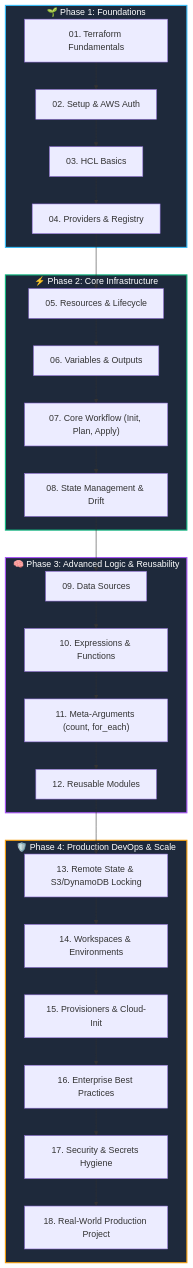
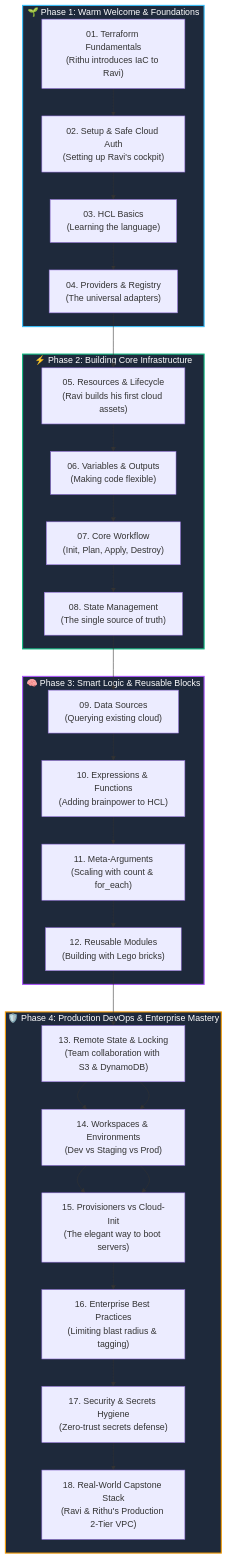
One commit to agravi987/Learning-Terraform-For-DevOps changed the diagram in readme.md. Above: the diagram before and after it, drawn with Mermaid. The commit also changed other lines of this file and 18 other files, not shown here.

Commit message:
docs: enrich curriculum with Mentor Rithu and Student Ravi interactive learning experience

````diff
--- a/readme.md
+++ b/readme.md
@@ -25,36 +47,37 @@
 ```mermaid
 flowchart TD
-    subgraph Foundation ["🌱 Phase 1: Foundations"]
-        A["01. Terraform Fundamentals"] --> B["02. Setup & AWS Auth"]
-        B --> C["03. HCL Basics"]
-        C --> D["04. Providers & Registry"]
+    subgraph Phase1 ["🌱 Phase 1: Warm Welcome & Foundations"]
+        A["01. Terraform Fundamentals\n(Rithu introduces IaC to Ravi)"] --> B["02. Setup & Safe Cloud Auth\n(Setting up Ravi's cockpit)"]
+        B --> C["03. HCL Basics\n(Learning the language)"]
+        C --> D["04. Providers & Registry\n(The universal adapters)"]
     end
 
-    subgraph Core ["⚡ Phase 2: Core Infrastructure"]
-        D --> E["05. Resources & Lifecycle"]
-        E --> F["06. Variables & Outputs"]
-        F --> G["07. Core Workflow (Init, Plan, Apply)"]
-        G --> H["08. State Management & Drift"]
+    subgraph Phase2 ["⚡ Phase 2: Building Core Infrastructure"]
+        D --> E["05. Resources & Lifecycle\n(Ravi builds his first cloud assets)"]
+        E --> F["06. Variables & Outputs\n(Making code flexible)"]
+        F --> G["07. Core Workflow\n(Init, Plan, Apply, Destroy)"]
+        G --> H["08. State Management\n(The single source of truth)"]
     end
 
-    subgraph Logic ["🧠 Phase 3: Advanced Logic & Reusability"]
-        H --> I["09. Data Sources"]
-        I --> J["10. Expressions & Functions"]
-        J --> K["11. Meta-Arguments (count, for_each)"]
-        K --> L["12. Reusable Modules"]
+    subgraph Phase3 ["🧠 Phase 3: Smart Logic & Reusable Blocks"]
+        H --> I["09. Data Sources\n(Querying existing cloud)"]
+        I --> J["10. Expressions & Functions\n(Adding brainpower to HCL)"]
+        J --> K["11. Meta-Arguments\n(Scaling with count & for_each)"]
+        K --> L["12. Reusable Modules\n(Building with Lego bricks)"]
     end
 
-    subgraph Production ["🛡️ Phase 4: Production DevOps & Scale"]
-        L --> M["13. Remote State & S3/DynamoDB Locking"]
-        M --> N["14. Workspaces & Environments"]
-        N --> O["15. Provisioners & Cloud-Init"]
-        O --> P["16. Enterprise Best Practices"]
-        P --> Q["17. Security & Secrets Hygiene"]
-        Q --> R["18. Real-World Production Project"]
+    subgraph Phase4 ["🛡️ Phase 4: Production DevOps & Enterprise Mastery"]
+        L --> M["13. Remote State & Locking\n(Team collaboration with S3 & DynamoDB)"]
+        M --> N["14. Workspaces & Environments\n(Dev vs Staging vs Prod)"]
+        N --> O["15. Provisioners vs Cloud-Init\n(The elegant way to boot servers)"]
+        P["16. Enterprise Best Practices\n(Limiting blast radius & tagging)"]
+        Q["17. Security & Secrets Hygiene\n(Zero-trust secrets defense)"]
+        R["18. Real-World Capstone Stack\n(Ravi & Rithu's Production 2-Tier VPC)"]
+        M --> N --> O --> P --> Q --> R
     end
 
-    style Foundation fill:#1e293b,stroke:#38bdf8,stroke-width:2px,color:#fff
-    style Core fill:#1e293b,stroke:#10b981,stroke-width:2px,color:#fff
-    style Logic fill:#1e293b,stroke:#a855f7,stroke-width:2px,color:#fff
-    style Production fill:#1e293b,stroke:#f59e0b,stroke-width:2px,color:#fff
+    style Phase1 fill:#1e293b,stroke:#38bdf8,stroke-width:2px,color:#fff
+    style Phase2 fill:#1e293b,stroke:#10b981,stroke-width:2px,color:#fff
+    style Phase3 fill:#1e293b,stroke:#a855f7,stroke-width:2px,color:#fff
+    style Phase4 fill:#1e293b,stroke:#f59e0b,stroke-width:2px,color:#fff
 ```
````
